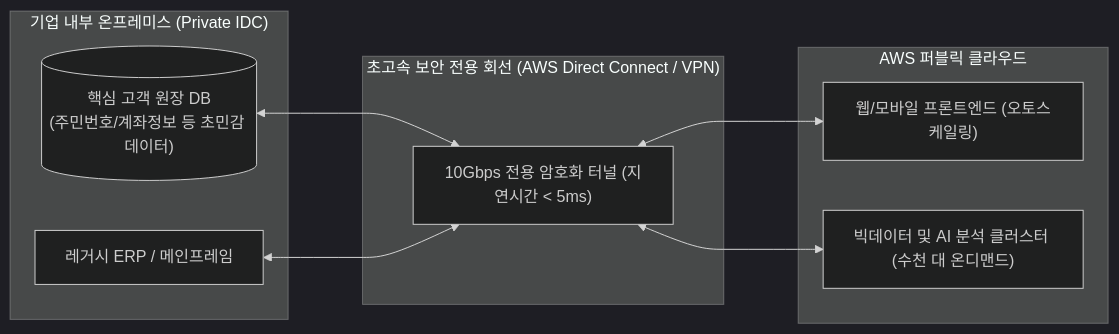
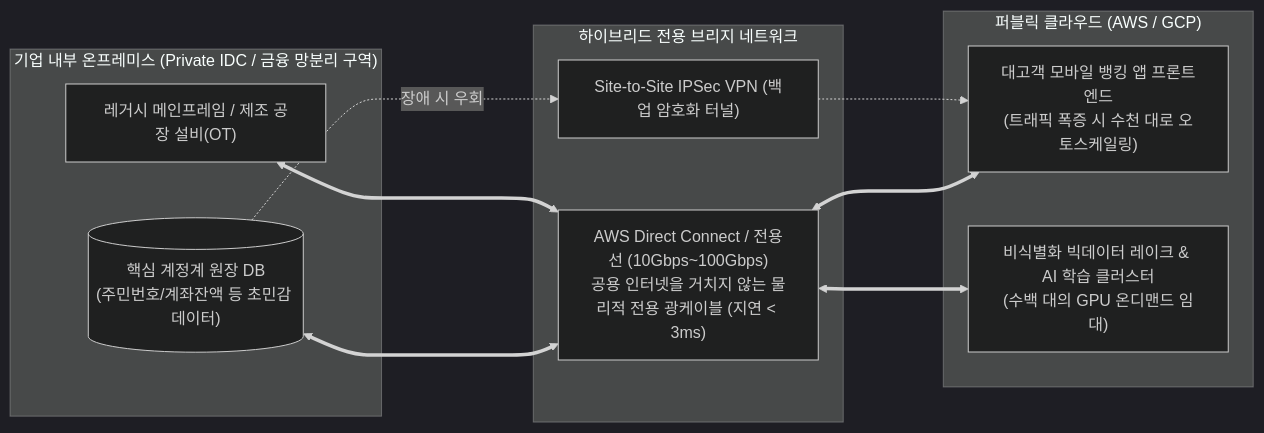
The eighth of 26 diagrams in 10_클라우드_빅데이터_인공지능.md (keimania/tech-notes), drawn with Mermaid (dark theme) before and after one commit. The commit also changed other lines of this file and 12 other files, not shown here.

````diff
--- a/10_클라우드_빅데이터_인공지능.md
+++ b/10_클라우드_빅데이터_인공지능.md
@@ -480,21 +569,23 @@
 ```mermaid
 flowchart LR
-    subgraph OnPrem["기업 내부 온프레미스 (Private IDC)"]
-        CoreDB[("핵심 고객 원장 DB\n(주민번호/계좌정보 등 초민감 데이터)")]
-        Legacy["레거시 ERP / 메인프레임"]
+    subgraph OnPrem["기업 내부 온프레미스 (Private IDC / 금융 망분리 구역)"]
+        CoreDB[("핵심 계정계 원장 DB\n(주민번호/계좌잔액 등 초민감 데이터)")]
+        Mainframe["레거시 메인프레임 / 제조 공장 설비(OT)"]
     end
 
-    subgraph DirectConnect["초고속 보안 전용 회선 (AWS Direct Connect / VPN)"]
-        Tunnel["10Gbps 전용 암호화 터널 (지연시간 < 5ms)"]
+    subgraph Network["하이브리드 전용 브리지 네트워크"]
+        DX["AWS Direct Connect / 전용선 (10Gbps~100Gbps)\n공용 인터넷을 거치지 않는 물리적 전용 광케이블 (지연 < 3ms)"]
+        VPN["Site-to-Site IPSec VPN (백업 암호화 터널)"]
     end
 
-    subgraph PublicCloud["AWS 퍼블릭 클라우드"]
-        WebASG["웹/모바일 프론트엔드 (오토스케일링)"]
-        AI_Batch["빅데이터 및 AI 분석 클러스터 (수천 대 온디맨드)"]
+    subgraph PublicCloud["퍼블릭 클라우드 (AWS / GCP)"]
+        WebASG["대고객 모바일 뱅킹 앱 프론트엔드\n(트래픽 폭증 시 수천 대로 오토스케일링)"]
+        AI_Lake["비식별화 빅데이터 레이크 & AI 학습 클러스터\n(수백 대의 GPU 온디맨드 임대)"]
     end
 
-    CoreDB <---> Tunnel
-    Legacy <---> Tunnel
-    Tunnel <---> WebASG
-    Tunnel <---> AI_Batch
+    CoreDB <===> DX
+    Mainframe <===> DX
+    DX <===> WebASG
+    DX <===> AI_Lake
+    CoreDB -.->|장애 시 우회| VPN -.-> WebASG
 ```
````
